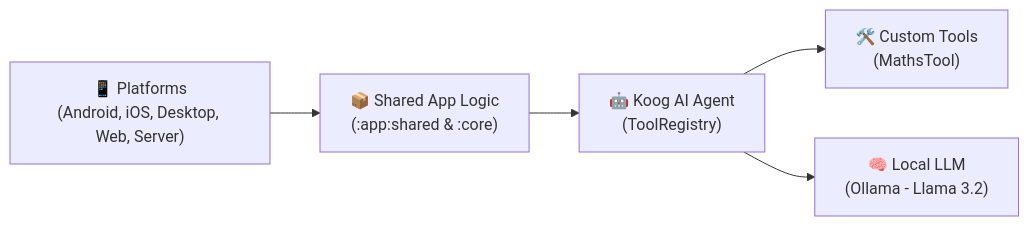
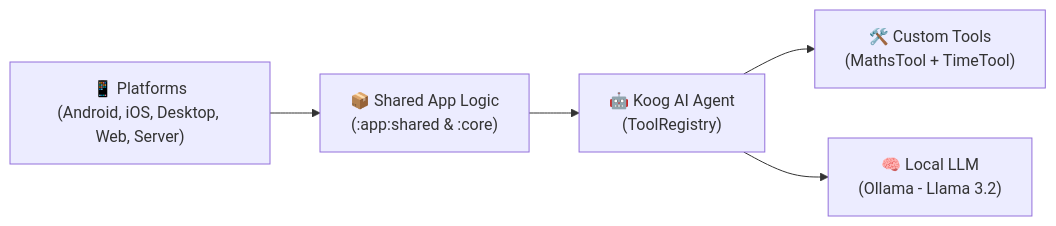
Before and after one commit to livingstonantony/KoogBasicAgent: the diagram in README.md, drawn with Mermaid. The commit also changed 1 other file, not shown here.

Commit message:
Get current time tool registered

````diff
--- a/README.md
+++ b/README.md
@@ -19,13 +19,13 @@
 ```mermaid
 flowchart LR
     Platforms["📱 Platforms\n(Android, iOS, Desktop, Web, Server)"]
     Shared["📦 Shared App Logic\n(:app:shared & :core)"]
     Agent["🤖 Koog AI Agent\n(ToolRegistry)"]
-    Tools["🛠️ Custom Tools\n(MathsTool)"]
+    Tools["🛠️ Custom Tools\n(MathsTool + TimeTool)"]
     Ollama["🧠 Local LLM\n(Ollama - Llama 3.2)"]
 
     Platforms --> Shared
     Shared --> Agent
     Agent --> Tools
     Agent --> Ollama
 ```
````
